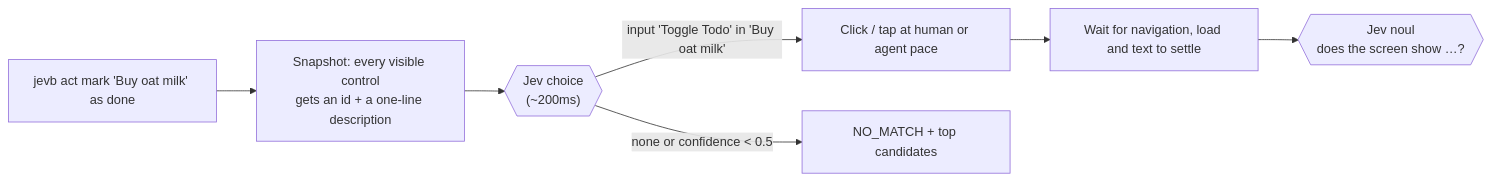
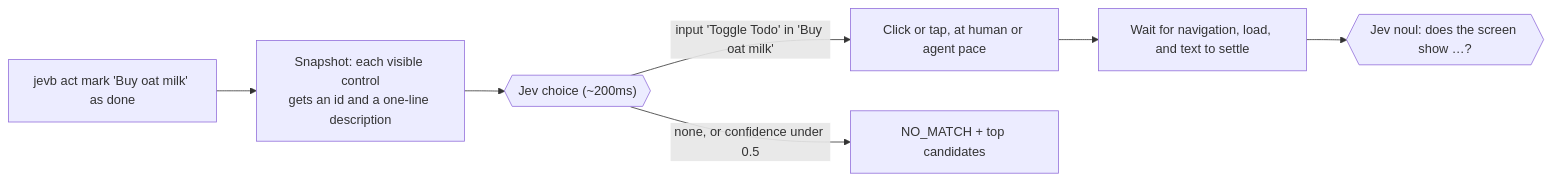
The diagram in README.md (mitya777/jevb), drawn with Mermaid before and after one commit.

Commit message:
README: quote every Mermaid label

````diff
--- a/README.md
+++ b/README.md
@@ -97,9 +97,9 @@
 ```mermaid
 flowchart LR
-  A["jevb act mark 'Buy oat milk' as done"] --> S[Snapshot: every visible control<br/>gets an id + a one-line description]
-  S --> C{{"Jev choice<br/>(~200ms)"}}
-  C -->|"input 'Toggle Todo' in 'Buy oat milk'"| D[Click / tap at human or agent pace]
-  C -->|none or confidence < 0.5| N[NO_MATCH + top candidates]
-  D --> W[Wait for navigation, load and text to settle]
-  W --> K{{"Jev noul<br/>does the screen show …?"}}
+  A["jevb act mark 'Buy oat milk' as done"] --> S["Snapshot: each visible control<br/>gets an id and a one-line description"]
+  S --> C{{"Jev choice (~200ms)"}}
+  C -->|"input 'Toggle Todo' in 'Buy oat milk'"| D["Click or tap, at human or agent pace"]
+  C -->|"none, or confidence under 0.5"| N["NO_MATCH + top candidates"]
+  D --> W["Wait for navigation, load, and text to settle"]
+  W --> K{{"Jev noul: does the screen show …?"}}
 ```
````
